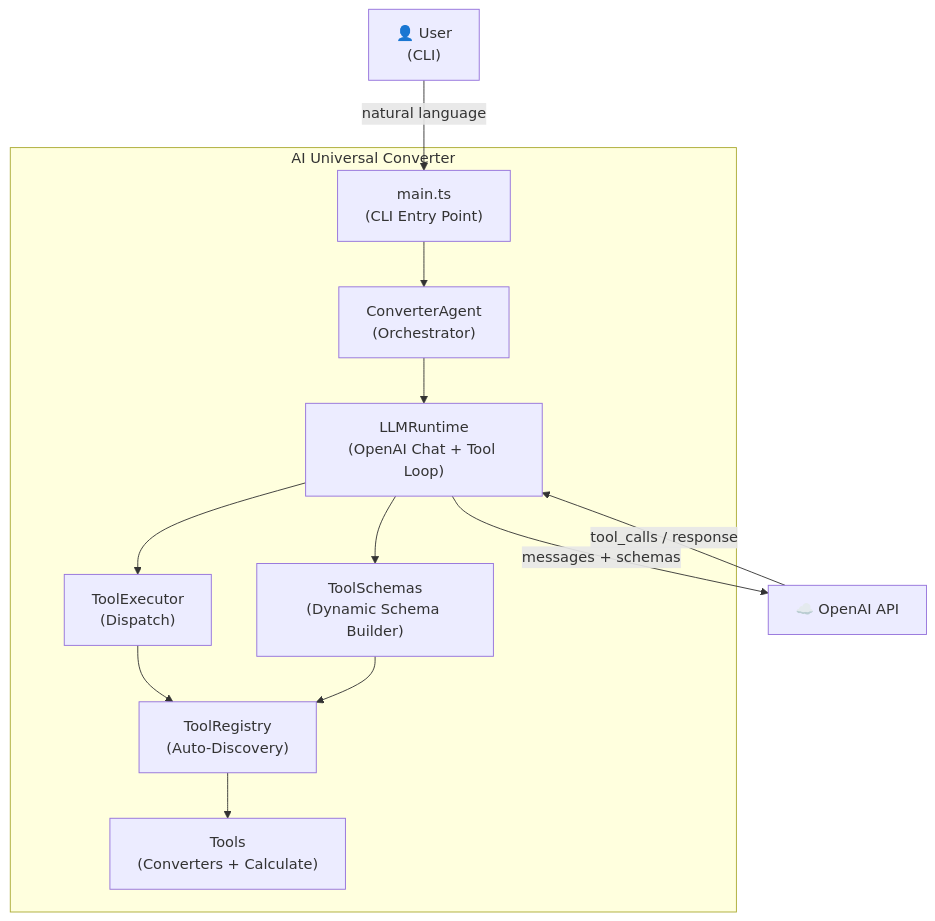
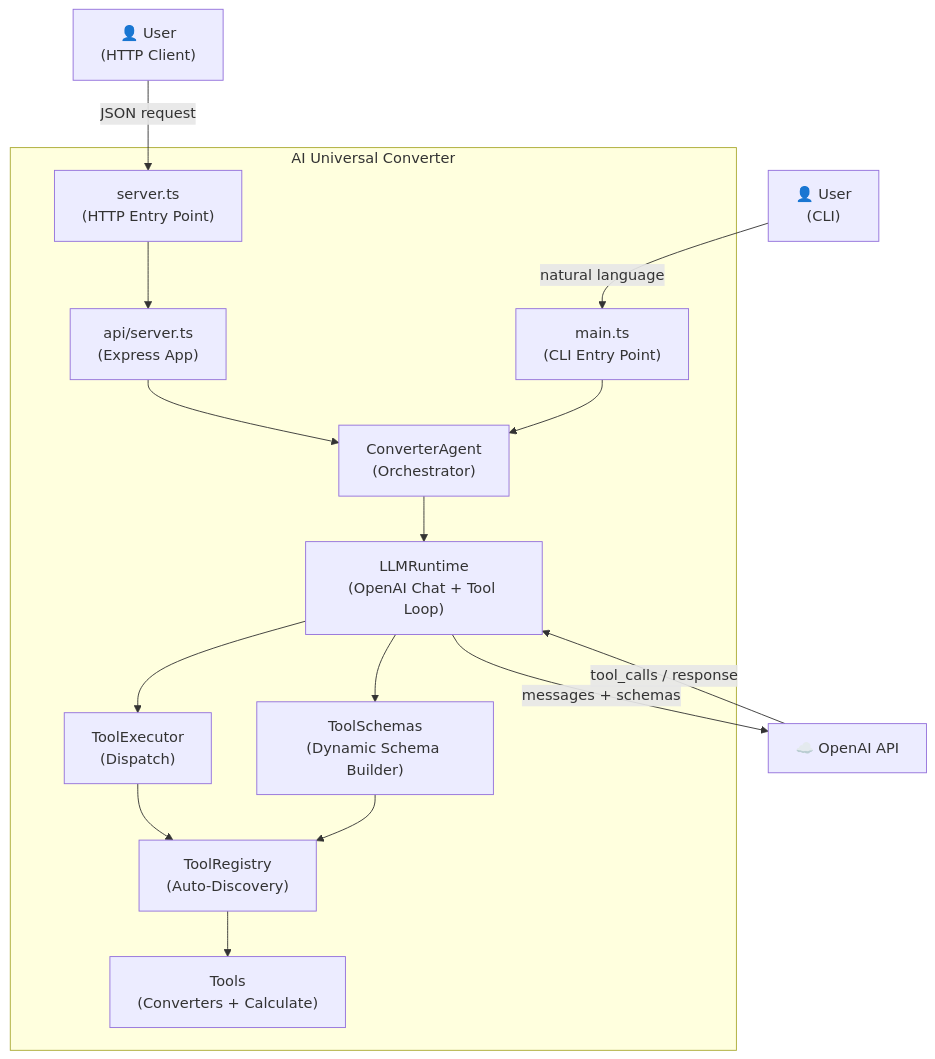
Before and after one commit to camercadop/ai-universal-converter: the second of 6 diagrams in README.md, drawn with Mermaid. The commit also changed other lines of this file and 3 other files, not shown here.

Commit message:
feat(api): add Express server with health check and chat endpoint

````diff
--- a/README.md
+++ b/README.md
@@ -109,27 +112,33 @@
 ```mermaid
 flowchart TD
-    User["👤 User\n(CLI)"]
+    CLIUser["👤 User\n(CLI)"]
+    HTTPUser["👤 User\n(HTTP Client)"]
 
     subgraph System["AI Universal Converter"]
         Main["main.ts\n(CLI Entry Point)"]
+        Server["server.ts\n(HTTP Entry Point)"]
+        API["api/server.ts\n(Express App)"]
         Agent["ConverterAgent\n(Orchestrator)"]
         Runtime["LLMRuntime\n(OpenAI Chat + Tool Loop)"]
         Executor["ToolExecutor\n(Dispatch)"]
         Registry["ToolRegistry\n(Auto-Discovery)"]
         Schemas["ToolSchemas\n(Dynamic Schema Builder)"]
         Tools["Tools\n(Converters + Calculate)"]
     end
 
     OpenAI["☁️ OpenAI API"]
 
-    User -->|natural language| Main
+    CLIUser -->|natural language| Main
+    HTTPUser -->|JSON request| Server
+    Server --> API
+    API --> Agent
     Main --> Agent
     Agent --> Runtime
     Runtime -->|messages + schemas| OpenAI
     OpenAI -->|tool_calls / response| Runtime
     Runtime --> Executor
     Executor --> Registry
     Registry --> Tools
     Runtime --> Schemas
     Schemas --> Registry
 ```
````
